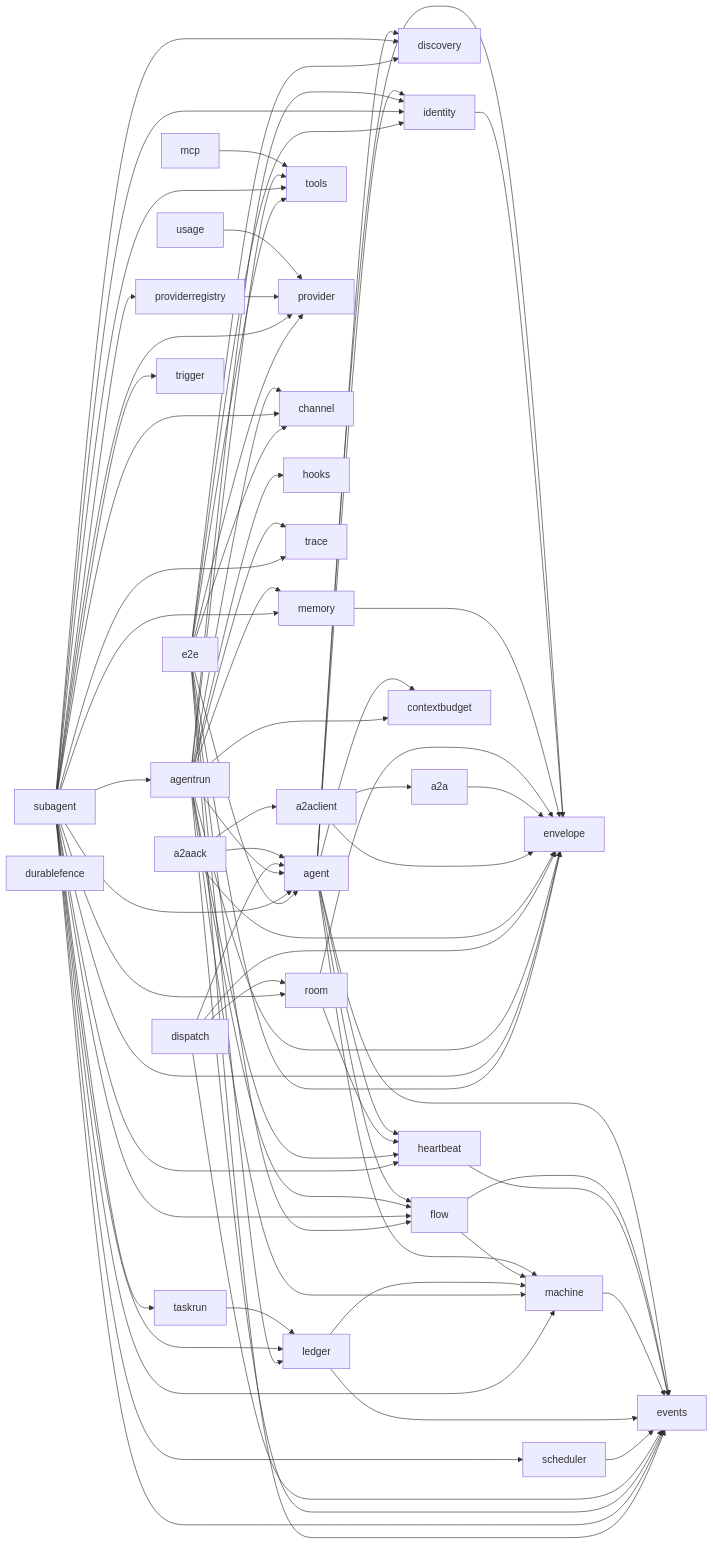
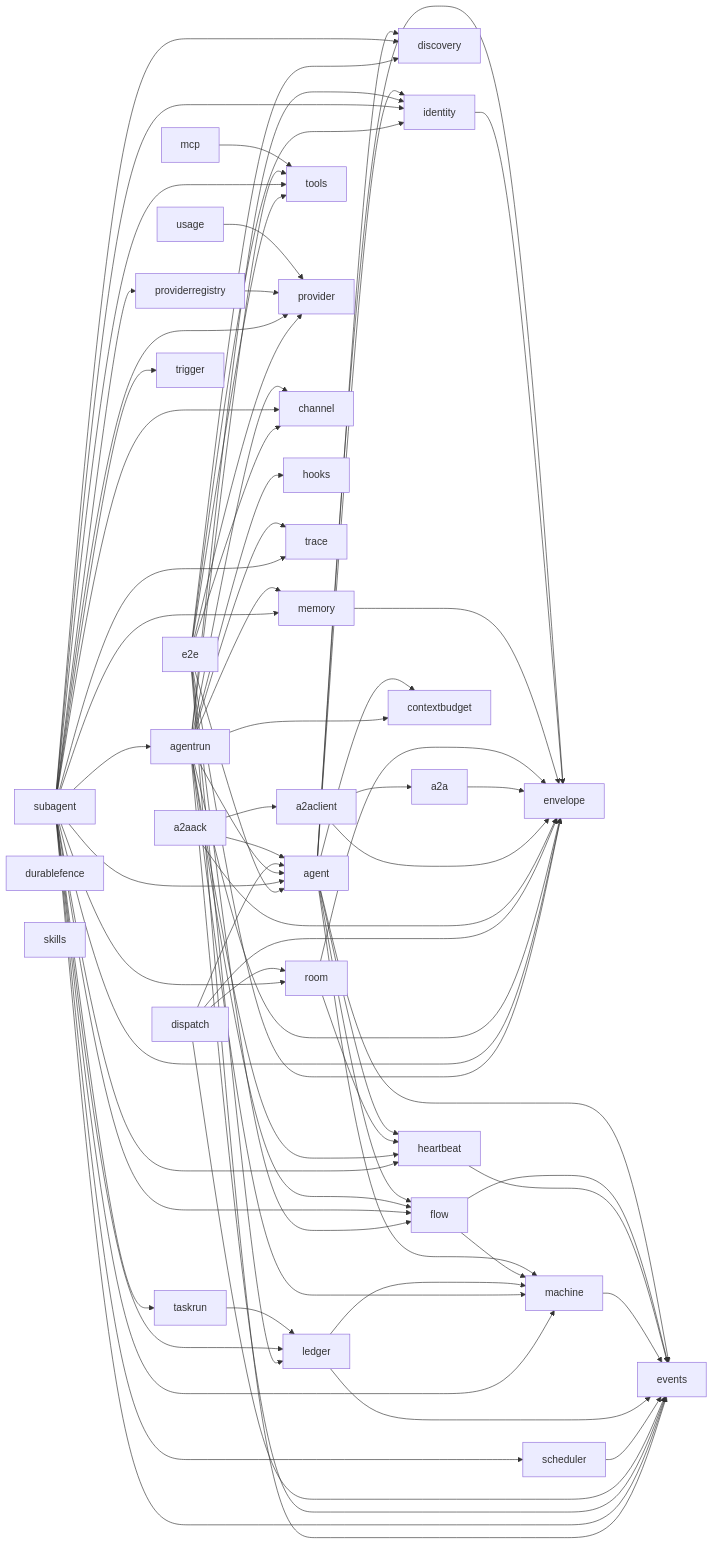
Before and after one commit to MiviaLabs/mivia-ai-sdk: the first of 2 diagrams in docs/architecture.md, drawn with Mermaid. The commit also changed other lines of this file and 2 other files, not shown here.

First line of the commit message:
docs(skills): add package reference and wire into README/architecture

```diff
--- a/docs/architecture.md
+++ b/docs/architecture.md
@@ -108,6 +108,7 @@
     envelope[envelope]
     events[events]
     provider[provider]
+    skills[skills]
     tools[tools]
     trigger[trigger]
     usage[usage]
```
